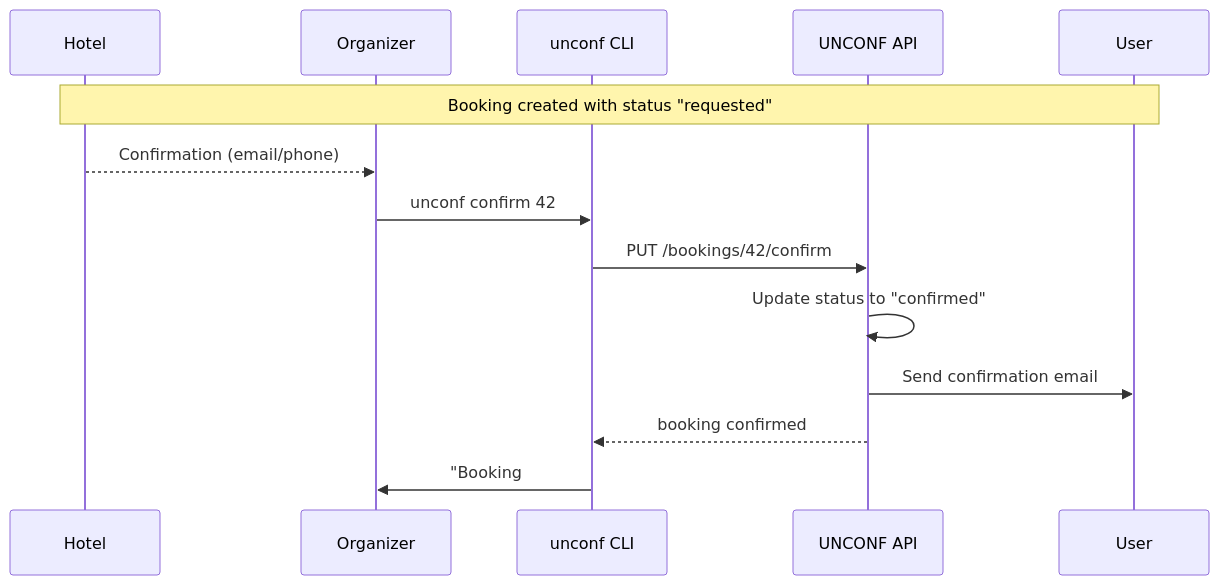
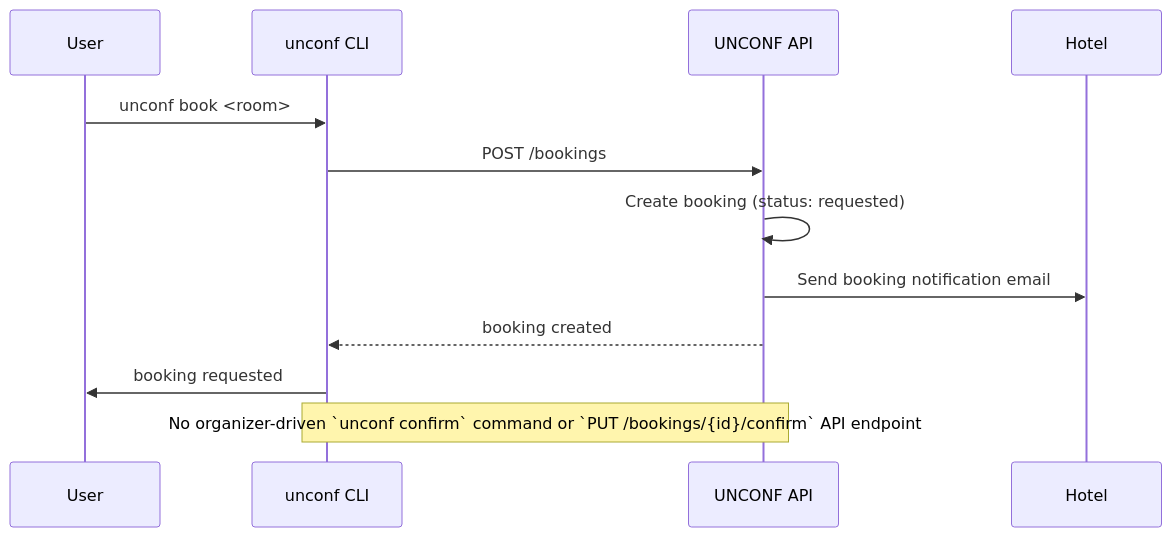
One commit to extreme-programming-user-group-bergamo/unconf-vibes changed the ninth of 9 diagrams in docs/architecture.md. Above: the diagram before and after it, drawn with Mermaid. The commit also changed other lines of this file and 11 other files, not shown here.

Commit message:
[5.10] Organizer Booking Confirmation Decision

````diff
--- a/docs/architecture.md
+++ b/docs/architecture.md
@@ -691,19 +690,16 @@
 ```mermaid
 sequenceDiagram
-    participant Hotel
-    participant Organizer
+    participant User
     participant CLI as unconf CLI
     participant API as UNCONF API
-    participant User
+    participant Hotel
 
-    Note over User,Hotel: Booking created with status "requested"
-    
-    Hotel-->>Organizer: Confirmation (email/phone)
-    
-    Organizer->>CLI: unconf confirm 42
-    CLI->>API: PUT /bookings/42/confirm
-    API->>API: Update status to "confirmed"
-    API->>User: Send confirmation email
-    API-->>CLI: booking confirmed
-    CLI->>Organizer: "Booking #42 confirmed"
+    User->>CLI: unconf book <room>
+    CLI->>API: POST /bookings
+    API->>API: Create booking (status: requested)
+    API->>Hotel: Send booking notification email
+    API-->>CLI: booking created
+    CLI->>User: booking requested
+
+    Note over CLI,API: No organizer-driven `unconf confirm` command or `PUT /bookings/{id}/confirm` API endpoint
 ```
````
